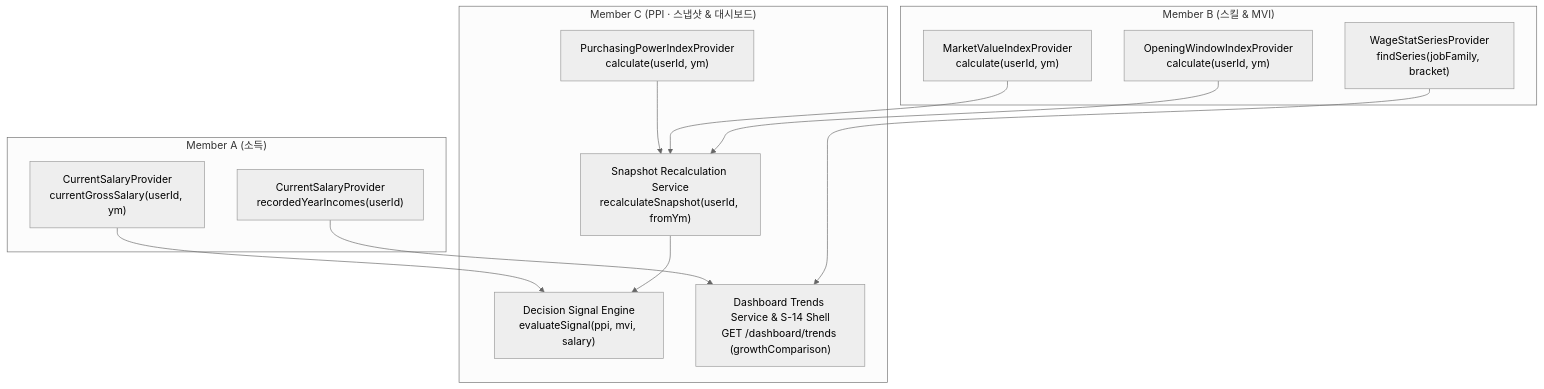
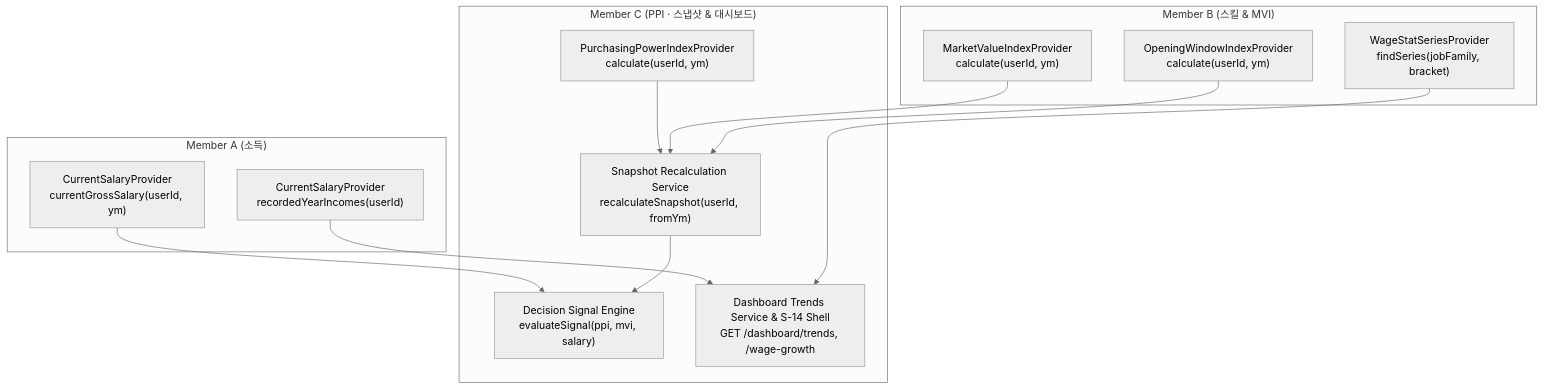
One commit to SeoHyeokGyu/Carix changed the second of 2 diagrams in docs/plans/carix-dev-plan.md. Above: the diagram before and after it, drawn with Mermaid (neutral theme). The commit also changed other lines of this file and 7 other files, not shown here.

````diff
--- a/docs/plans/carix-dev-plan.md
+++ b/docs/plans/carix-dev-plan.md
@@ -262,28 +262,28 @@
 ```mermaid
 flowchart TD
     subgraph MemberA ["Member A (소득)"]
         SAL_OUT["CurrentSalaryProvider<br>currentGrossSalary(userId, ym)"]
         GROWTH_OUT["CurrentSalaryProvider<br>recordedYearIncomes(userId)"]
     end
 
     subgraph MemberB ["Member B (스킬 & MVI)"]
         MVI_OUT["MarketValueIndexProvider<br>calculate(userId, ym)"]
         OWI_OUT["OpeningWindowIndexProvider<br>calculate(userId, ym)"]
         WAGE_SERIES_OUT["WageStatSeriesProvider<br>findSeries(jobFamily, bracket)"]
     end
 
     subgraph MemberC ["Member C (PPI · 스냅샷 & 대시보드)"]
         PPI_OUT["PurchasingPowerIndexProvider<br>calculate(userId, ym)"]
         SNAP_ENG["Snapshot Recalculation Service<br>recalculateSnapshot(userId, fromYm)"]
         DEC_ENG["Decision Signal Engine<br>evaluateSignal(ppi, mvi, salary)"]
-        TRENDS_ENG["Dashboard Trends Service & S-14 Shell<br>GET /dashboard/trends (growthComparison)"]
+        TRENDS_ENG["Dashboard Trends Service & S-14 Shell<br>GET /dashboard/trends, /wage-growth"]
     end
 
     PPI_OUT --> SNAP_ENG
     MVI_OUT --> SNAP_ENG
     OWI_OUT --> SNAP_ENG
     SAL_OUT --> DEC_ENG
     SNAP_ENG --> DEC_ENG
     GROWTH_OUT --> TRENDS_ENG
     WAGE_SERIES_OUT --> TRENDS_ENG
 ```
````
